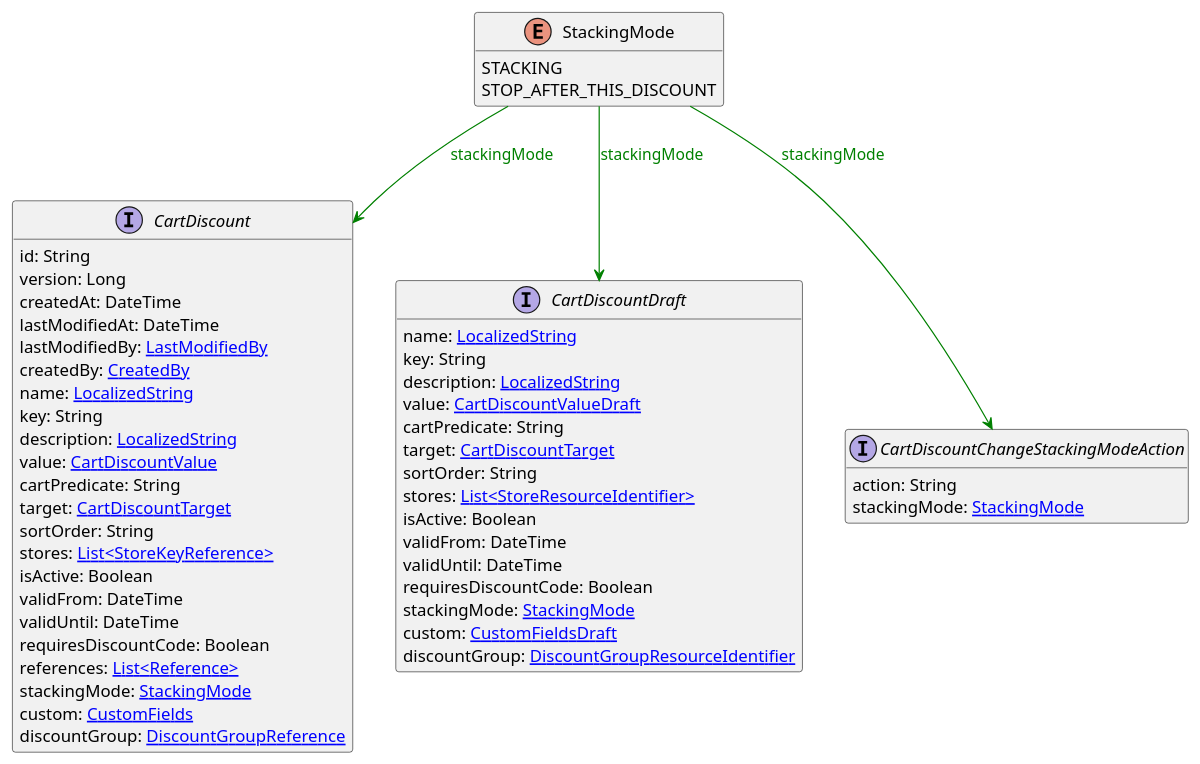
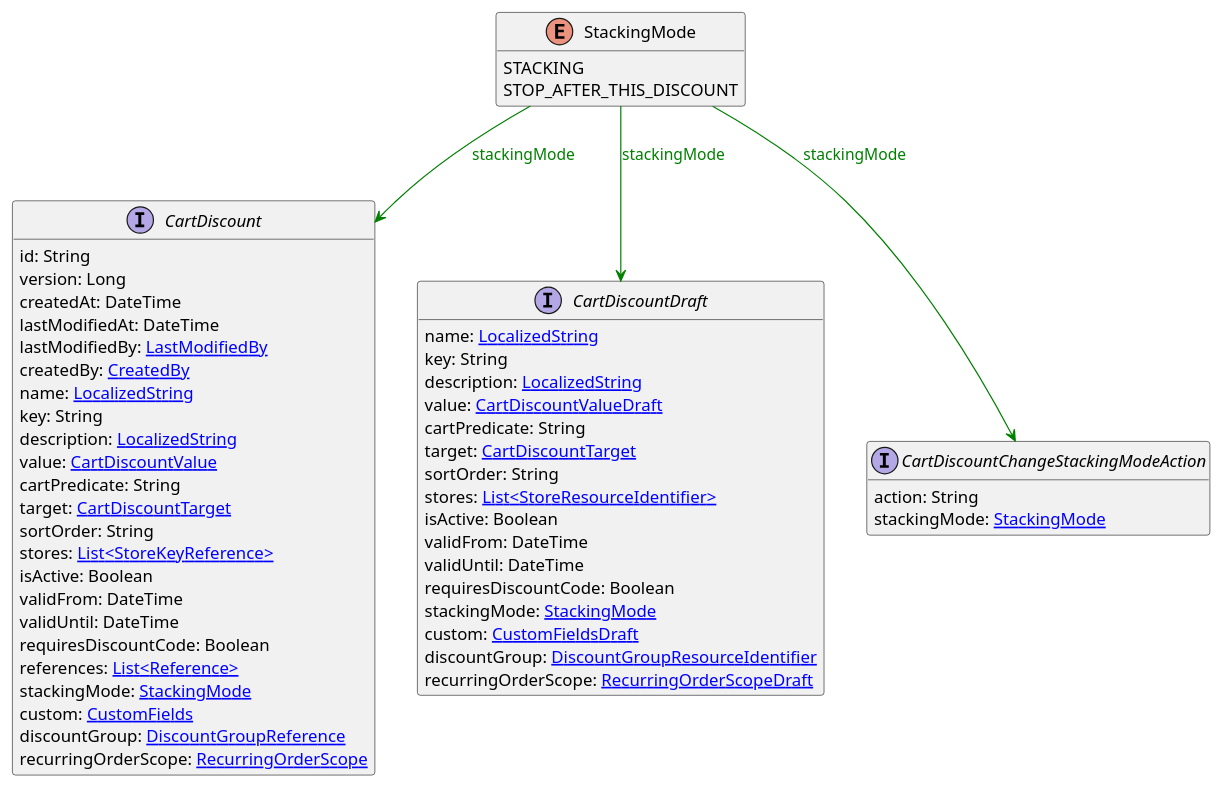
One commit to commercetools/commercetools-api-reference changed the diagram in uml/api/StackingMode.puml. Above: the diagram before and after it, drawn with PlantUML. The commit also changed 67 other files, not shown here.

```diff
--- a/uml/api/StackingMode.puml
+++ b/uml/api/StackingMode.puml
@@ -1,56 +1,58 @@
 @startuml
 
 hide methods
 enum StackingMode {
     STACKING
     STOP_AFTER_THIS_DISCOUNT
 }
 interface CartDiscount [[CartDiscount.svg]]  {
     id: String
     version: Long
     createdAt: DateTime
     lastModifiedAt: DateTime
     lastModifiedBy: [[LastModifiedBy.svg LastModifiedBy]]
     createdBy: [[CreatedBy.svg CreatedBy]]
     name: [[LocalizedString.svg LocalizedString]]
     key: String
     description: [[LocalizedString.svg LocalizedString]]
     value: [[CartDiscountValue.svg CartDiscountValue]]
     cartPredicate: String
     target: [[CartDiscountTarget.svg CartDiscountTarget]]
     sortOrder: String
     stores: [[StoreKeyReference.svg List<StoreKeyReference>]]
     isActive: Boolean
     validFrom: DateTime
     validUntil: DateTime
     requiresDiscountCode: Boolean
     references: [[Reference.svg List<Reference>]]
     stackingMode: [[StackingMode.svg StackingMode]]
     custom: [[CustomFields.svg CustomFields]]
     discountGroup: [[DiscountGroupReference.svg DiscountGroupReference]]
+    recurringOrderScope: [[RecurringOrderScope.svg RecurringOrderScope]]
 }
 interface CartDiscountDraft [[CartDiscountDraft.svg]]  {
     name: [[LocalizedString.svg LocalizedString]]
     key: String
     description: [[LocalizedString.svg LocalizedString]]
     value: [[CartDiscountValueDraft.svg CartDiscountValueDraft]]
     cartPredicate: String
     target: [[CartDiscountTarget.svg CartDiscountTarget]]
     sortOrder: String
     stores: [[StoreResourceIdentifier.svg List<StoreResourceIdentifier>]]
     isActive: Boolean
     validFrom: DateTime
     validUntil: DateTime
     requiresDiscountCode: Boolean
     stackingMode: [[StackingMode.svg StackingMode]]
     custom: [[CustomFieldsDraft.svg CustomFieldsDraft]]
     discountGroup: [[DiscountGroupResourceIdentifier.svg DiscountGroupResourceIdentifier]]
+    recurringOrderScope: [[RecurringOrderScopeDraft.svg RecurringOrderScopeDraft]]
 }
 interface CartDiscountChangeStackingModeAction [[CartDiscountChangeStackingModeAction.svg]]  {
     action: String
     stackingMode: [[StackingMode.svg StackingMode]]
 }
 StackingMode --> CartDiscount #green;text:green : "stackingMode"
 StackingMode --> CartDiscountDraft #green;text:green : "stackingMode"
 StackingMode --> CartDiscountChangeStackingModeAction #green;text:green : "stackingMode"
 @enduml
```
